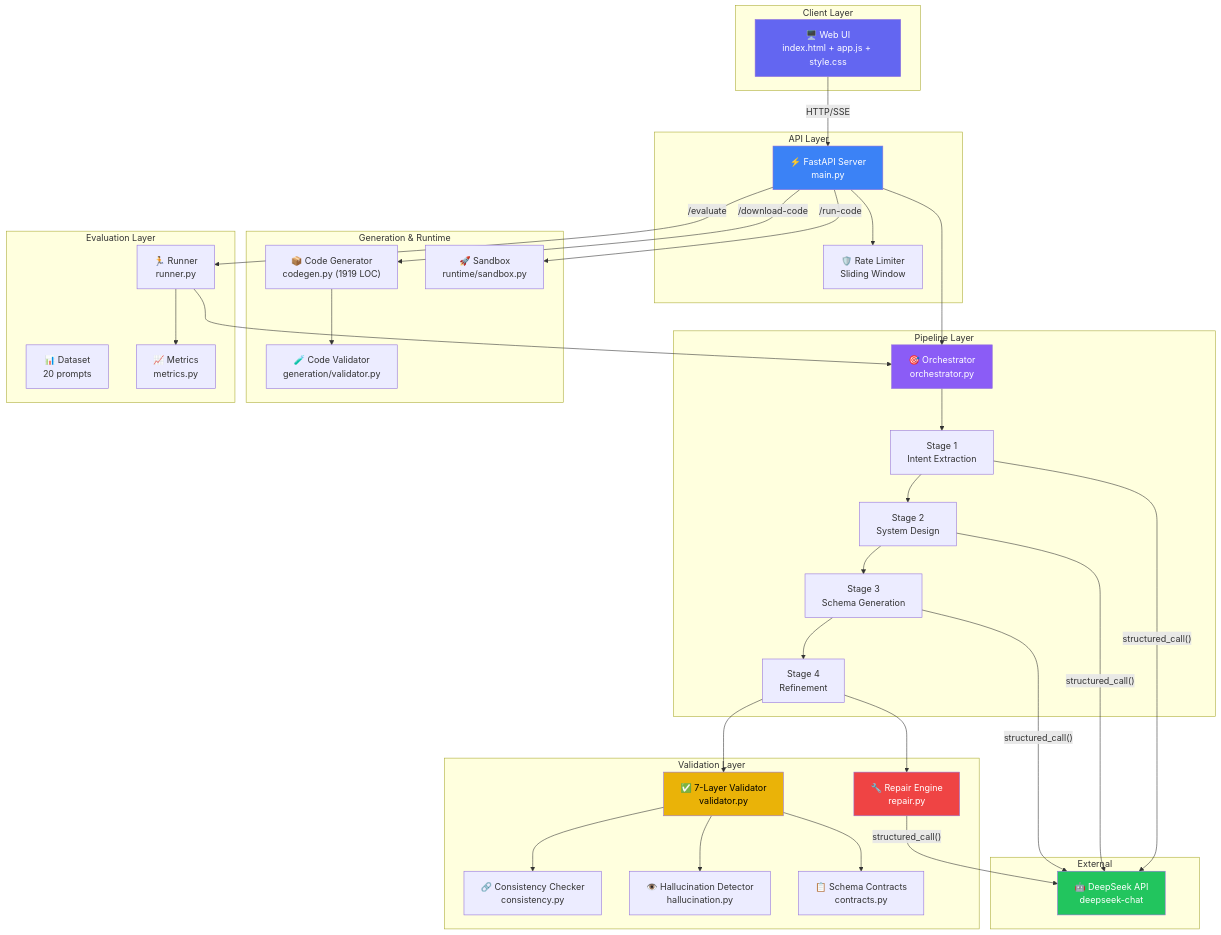
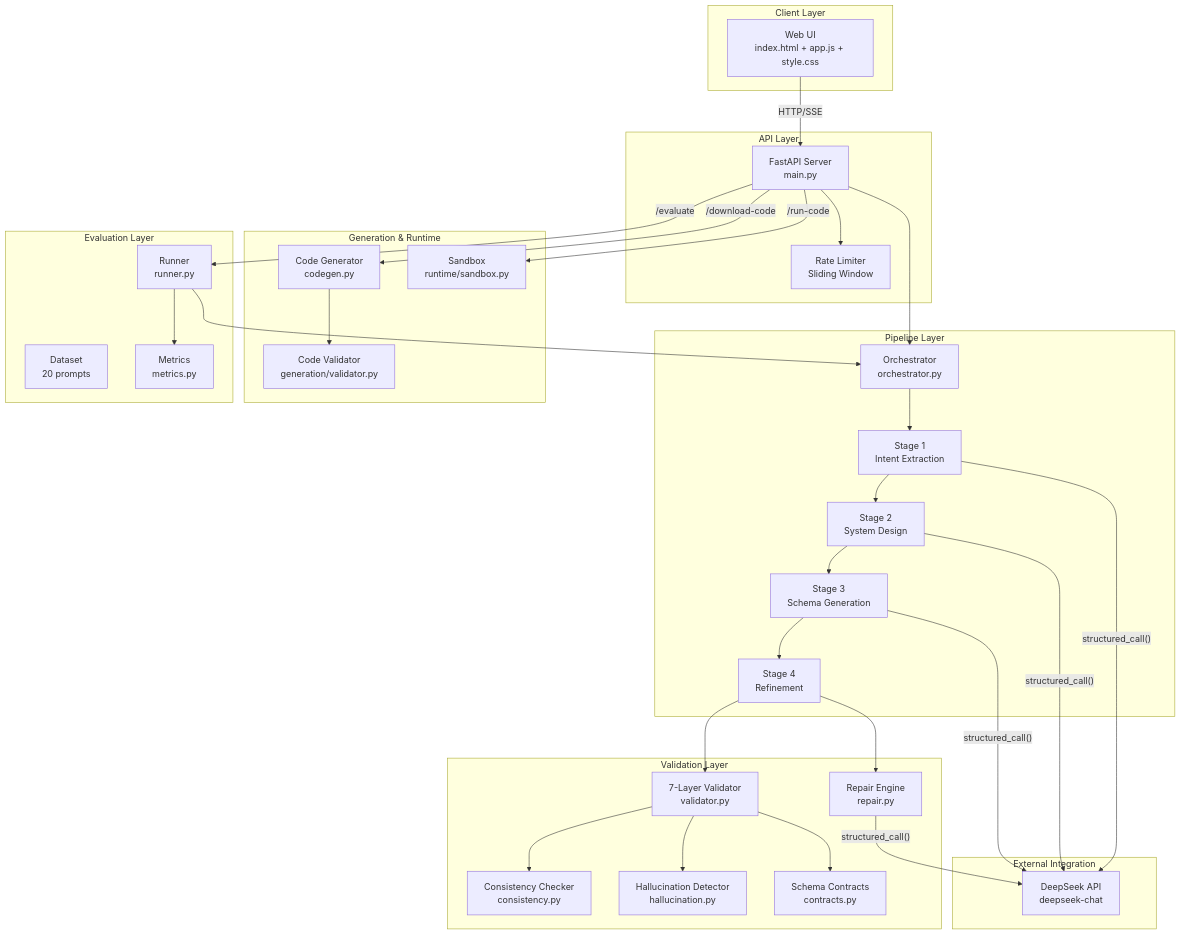
The first of 19 diagrams in SOFTWARE_ARCHITECTURE.md (notsooamit/app-compiler), drawn with Mermaid before and after one commit. The commit also changed other lines of this file and 2 other files, not shown here.

````diff
--- a/SOFTWARE_ARCHITECTURE.md
+++ b/SOFTWARE_ARCHITECTURE.md
@@ -64,64 +64,57 @@
 ```mermaid
 graph TB
     subgraph "Client Layer"
-        UI["🖥️ Web UI<br/>index.html + app.js + style.css"]
+        UI["Web UI<br/>index.html + app.js + style.css"]
     end
 
     subgraph "API Layer"
-        API["⚡ FastAPI Server<br/>main.py"]
-        RL["🛡️ Rate Limiter<br/>Sliding Window"]
+        API["FastAPI Server<br/>main.py"]
+        RL["Rate Limiter<br/>Sliding Window"]
     end
 
     subgraph "Pipeline Layer"
-        ORCH["🎯 Orchestrator<br/>orchestrator.py"]
+        ORCH["Orchestrator<br/>orchestrator.py"]
         S1["Stage 1<br/>Intent Extraction"]
         S2["Stage 2<br/>System Design"]
         S3["Stage 3<br/>Schema Generation"]
         S4["Stage 4<br/>Refinement"]
     end
 
     subgraph "Validation Layer"
-        VAL["✅ 7-Layer Validator<br/>validator.py"]
-        CON["🔗 Consistency Checker<br/>consistency.py"]
-        HAL["👁️ Hallucination Detector<br/>hallucination.py"]
-        REP["🔧 Repair Engine<br/>repair.py"]
-        SCH["📋 Schema Contracts<br/>contracts.py"]
+        VAL["7-Layer Validator<br/>validator.py"]
+        CON["Consistency Checker<br/>consistency.py"]
+        HAL["Hallucination Detector<br/>hallucination.py"]
+        REP["Repair Engine<br/>repair.py"]
+        SCH["Schema Contracts<br/>contracts.py"]
     end
 
     subgraph "Generation & Runtime"
-        CG["📦 Code Generator<br/>codegen.py (1919 LOC)"]
-        CV["🧪 Code Validator<br/>generation/validator.py"]
-        SB["🚀 Sandbox<br/>runtime/sandbox.py"]
+        CG["Code Generator<br/>codegen.py"]
+        CV["Code Validator<br/>generation/validator.py"]
+        SB["Sandbox<br/>runtime/sandbox.py"]
     end
 
     subgraph "Evaluation Layer"
-        DS["📊 Dataset<br/>20 prompts"]
-        RUN["🏃 Runner<br/>runner.py"]
-        MET["📈 Metrics<br/>metrics.py"]
+        DS["Dataset<br/>20 prompts"]
+        RUN["Runner<br/>runner.py"]
+        MET["Metrics<br/>metrics.py"]
     end
 
-    subgraph "External"
-        LLM["🤖 DeepSeek API<br/>deepseek-chat"]
+    subgraph "External Integration"
+        LLM["DeepSeek API<br/>deepseek-chat"]
     end
 
     UI -->|"HTTP/SSE"| API
     API --> RL
     API --> ORCH
     ORCH --> S1 --> S2 --> S3 --> S4
     S1 & S2 & S3 -->|"structured_call()"| LLM
     S4 --> VAL
     VAL --> CON & HAL
     VAL --> SCH
     S4 --> REP -->|"structured_call()"| LLM
     API -->|"/download-code"| CG --> CV
     API -->|"/run-code"| SB
     API -->|"/evaluate"| RUN --> MET
     RUN --> ORCH
-
-    style UI fill:#6366f1,color:#fff
-    style API fill:#3b82f6,color:#fff
-    style ORCH fill:#8b5cf6,color:#fff
-    style LLM fill:#22c55e,color:#fff
-    style VAL fill:#eab308,color:#000
-    style REP fill:#ef4444,color:#fff
 ```
````
